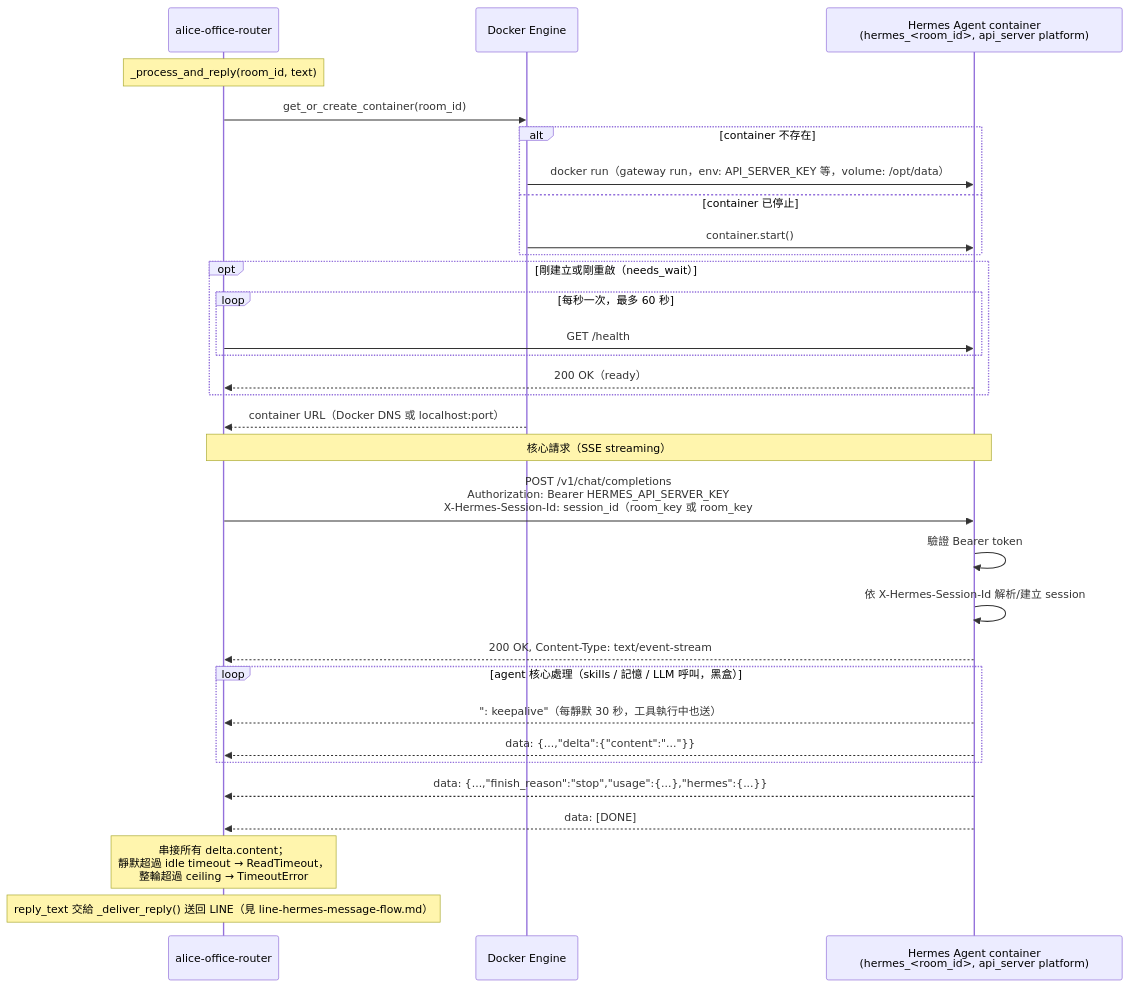
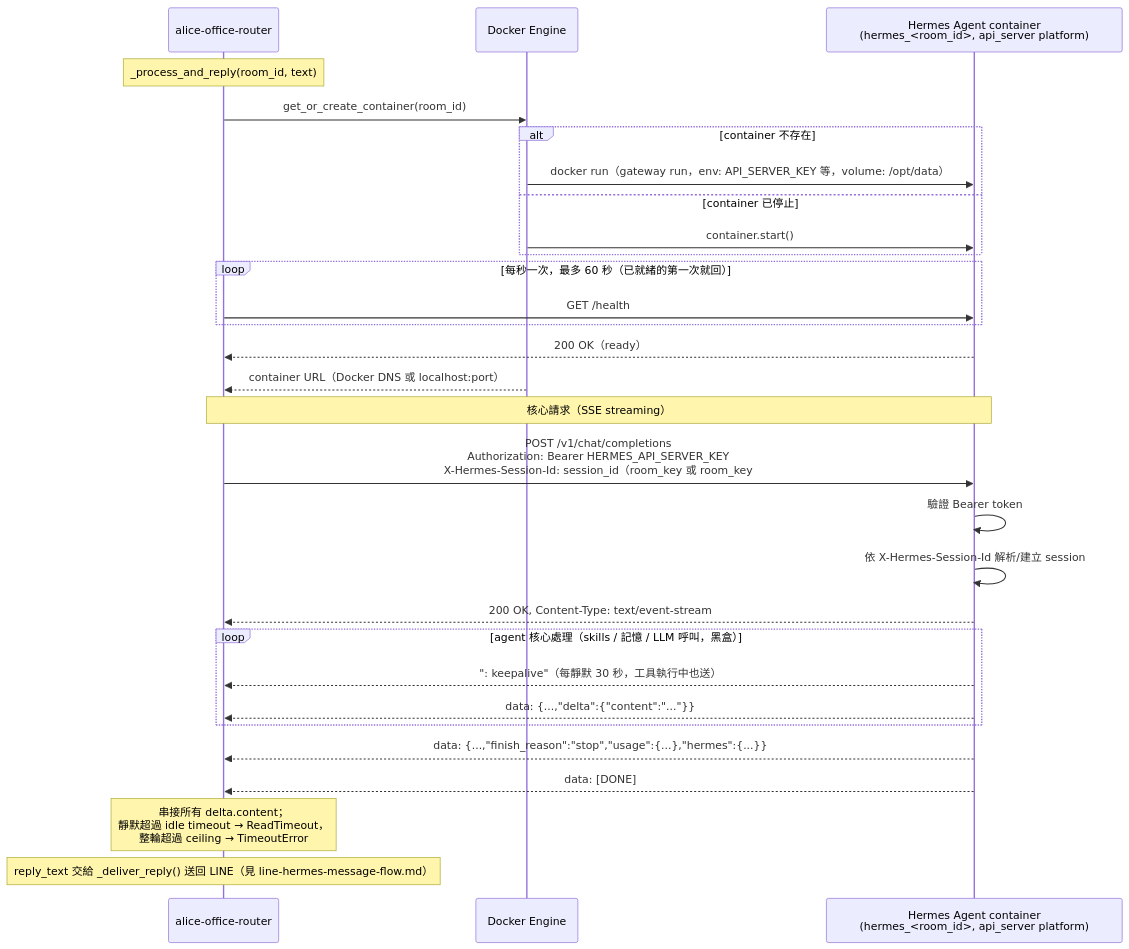
The second of 2 diagrams in docs/router-hermes-agent-protocol.md (marychouchou/alice-office), drawn with Mermaid before and after one commit. The commit also changed other lines of this file and 7 other files, not shown here.

````diff
--- a/docs/router-hermes-agent-protocol.md
+++ b/docs/router-hermes-agent-protocol.md
@@ -188,36 +186,34 @@
 ```mermaid
 sequenceDiagram
     participant R as alice-office-router
     participant D as Docker Engine
     participant H as Hermes Agent container<br/>(hermes_#lt;room_id#gt;, api_server platform)
 
     Note over R: _process_and_reply(room_id, text)
     R->>D: get_or_create_container(room_id)
     alt container 不存在
         D->>H: docker run（gateway run，env: API_SERVER_KEY 等，volume: /opt/data）
     else container 已停止
         D->>H: container.start()
     end
-    opt 剛建立或剛重啟（needs_wait）
-        loop 每秒一次，最多 60 秒
-            R->>H: GET /health
-        end
-        H-->>R: 200 OK（ready）
+    loop 每秒一次，最多 60 秒（已就緒的第一次就回）
+        R->>H: GET /health
     end
+    H-->>R: 200 OK（ready）
     D-->>R: container URL（Docker DNS 或 localhost:port）
 
     Note over R,H: 核心請求（SSE streaming）
     R->>H: POST /v1/chat/completions<br/>Authorization: Bearer HERMES_API_SERVER_KEY<br/>X-Hermes-Session-Id: session_id（room_key 或 room_key#epoch）<br/>body: {"messages":[...], "stream": true}
     H->>H: 驗證 Bearer token
     H->>H: 依 X-Hermes-Session-Id 解析/建立 session
     H-->>R: 200 OK, Content-Type: text/event-stream
     loop agent 核心處理（skills / 記憶 / LLM 呼叫，黑盒）
         H-->>R: ": keepalive"（每靜默 30 秒，工具執行中也送）
         H-->>R: data: {...,"delta":{"content":"..."}}
     end
     H-->>R: data: {...,"finish_reason":"stop","usage":{...},"hermes":{...}}
     H-->>R: data: [DONE]
     Note over R: 串接所有 delta.content；<br/>靜默超過 idle timeout → ReadTimeout，<br/>整輪超過 ceiling → TimeoutError
 
     Note over R: reply_text 交給 _deliver_reply() 送回 LINE（見 line-hermes-message-flow.md）
 ```
````
